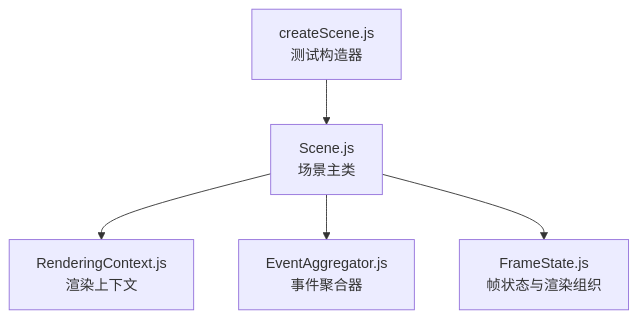
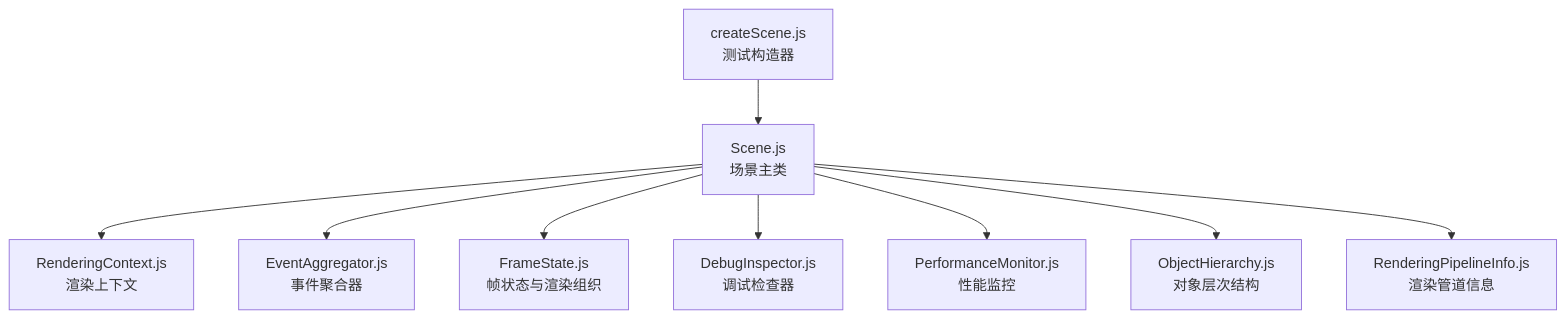
Before and after one commit to rzhangjing/cesium: the first of 8 diagrams in .qoder/repowiki/zh/content/场景管理/场景核心架构.md, drawn with Mermaid. The commit also changed other lines of this file and 52 other files, not shown here.

````diff
--- a/.qoder/repowiki/zh/content/场景管理/场景核心架构.md
+++ b/.qoder/repowiki/zh/content/场景管理/场景核心架构.md
@@ -35,7 +52,11 @@
 ```mermaid
 graph TB
 A["Scene.js<br/>场景主类"] --> B["RenderingContext.js<br/>渲染上下文"]
 A --> C["EventAggregator.js<br/>事件聚合器"]
 A --> D["FrameState.js<br/>帧状态与渲染组织"]
 E["createScene.js<br/>测试构造器"] --> A
+A --> F["DebugInspector.js<br/>调试检查器"]
+A --> G["PerformanceMonitor.js<br/>性能监控"]
+A --> H["ObjectHierarchy.js<br/>对象层次结构"]
+A --> I["RenderingPipelineInfo.js<br/>渲染管道信息"]
 ```
````
